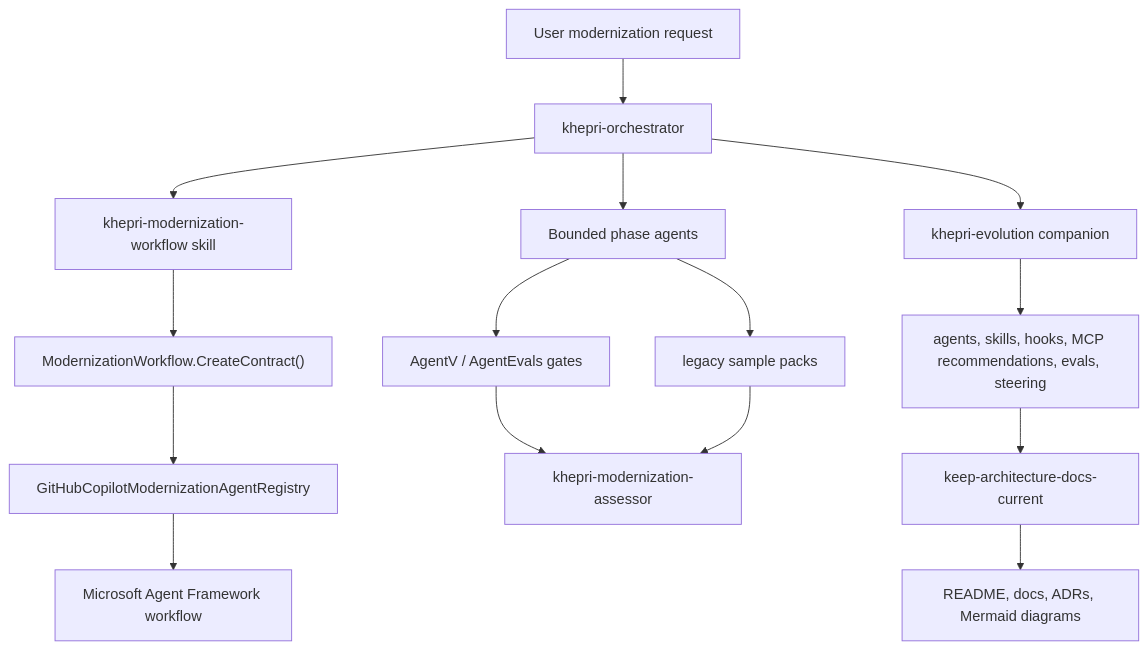
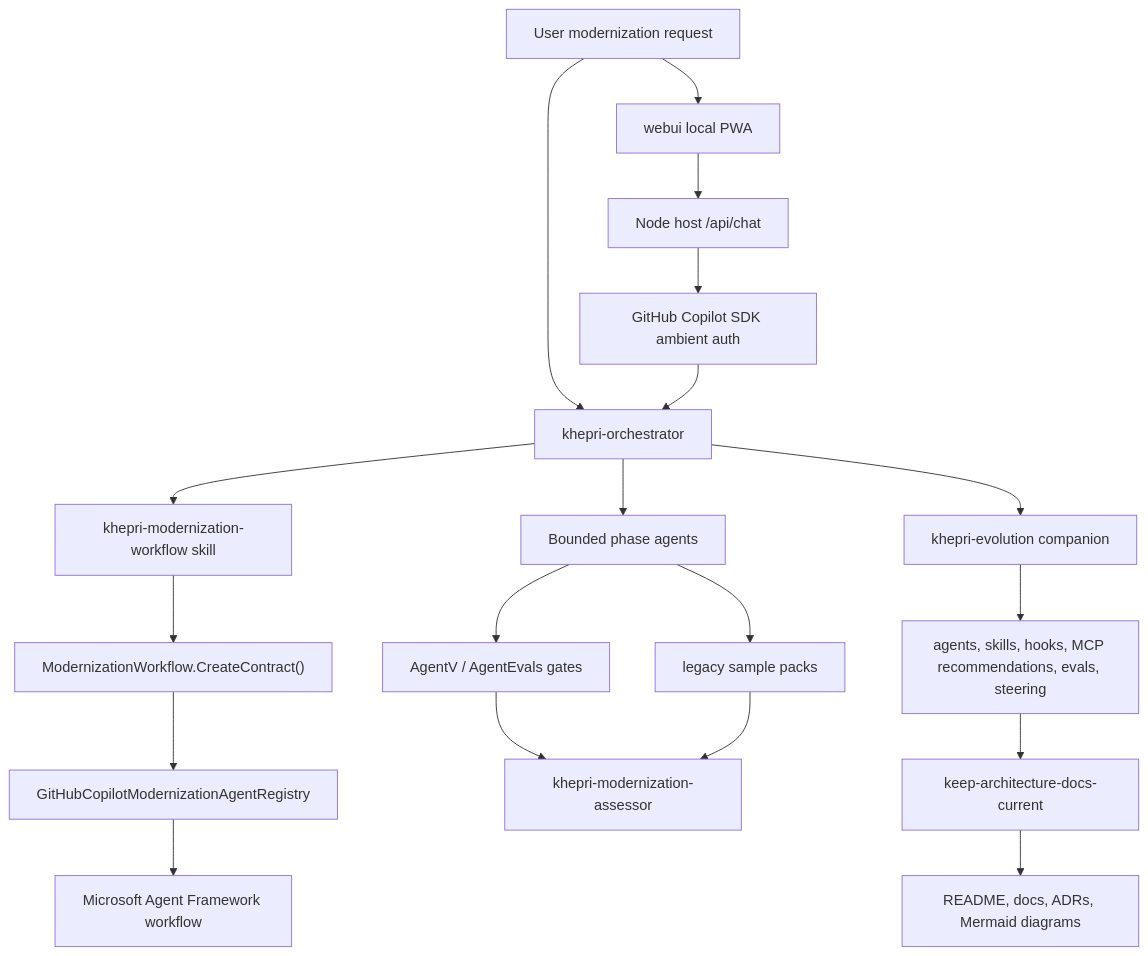
Before and after one commit to Tyler-R-Kendrick/project-khepri: the first of 3 diagrams in README.md, drawn with Mermaid. The commit also changed other lines of this file and 16 other files, not shown here.

````diff
--- a/README.md
+++ b/README.md
@@ -23,17 +24,21 @@
 ```mermaid
 flowchart TB
     user["User modernization request"] --> orch["khepri-orchestrator"]
+    user --> webui["webui local PWA"]
+    webui --> host["Node host /api/chat"]
+    host --> sdk["GitHub Copilot SDK ambient auth"]
+    sdk --> orch
     orch --> skill["khepri-modernization-workflow skill"]
     skill --> contract["ModernizationWorkflow.CreateContract()"]
     contract --> registry["GitHubCopilotModernizationAgentRegistry"]
     registry --> maf["Microsoft Agent Framework workflow"]
     orch --> evo["khepri-evolution companion"]
     orch --> phases["Bounded phase agents"]
     phases --> evals["AgentV / AgentEvals gates"]
     phases --> samples["legacy sample packs"]
     evals --> assess["khepri-modernization-assessor"]
     samples --> assess
     evo --> durable["agents, skills, hooks, MCP recommendations, evals, steering"]
     durable --> docsSkill["keep-architecture-docs-current"]
     docsSkill --> docs["README, docs, ADRs, Mermaid diagrams"]
 ```
````
